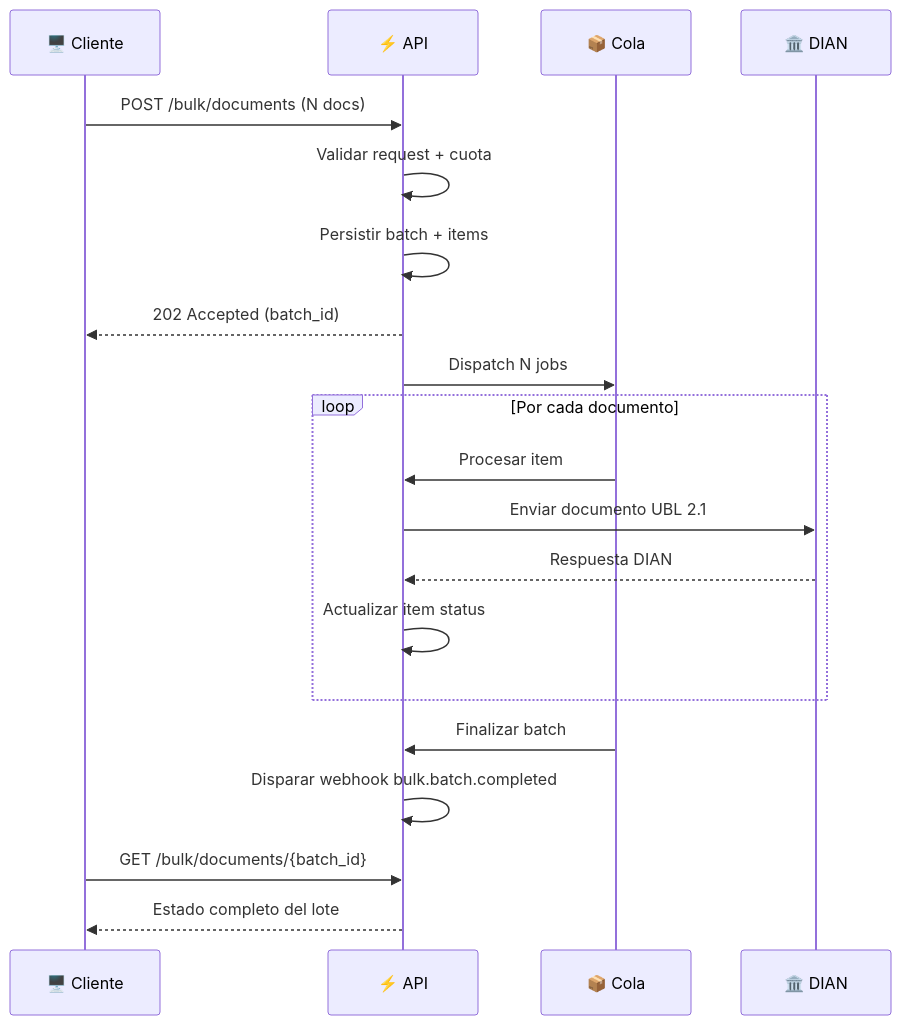
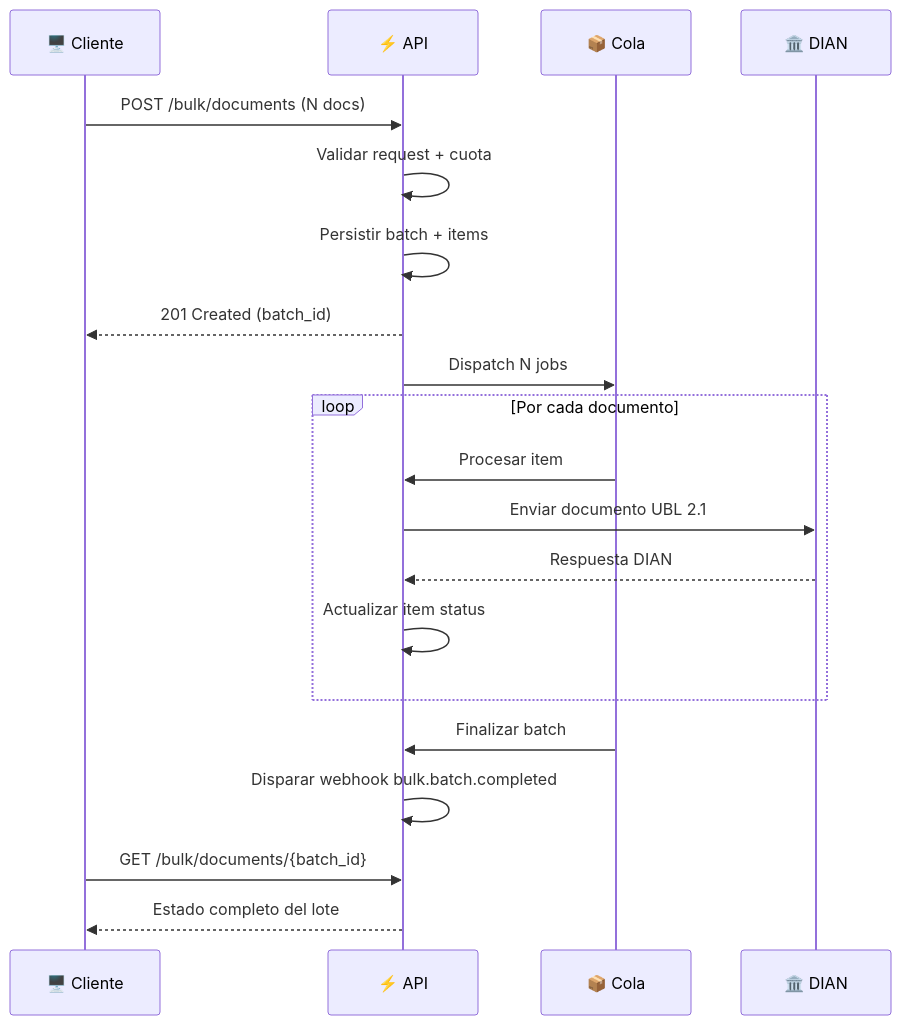
Before and after one commit to lopezsoft/APIUBL2.1-DOCS: the diagram in docs/bulk-documents.md, drawn with Mermaid. The commit also changed other lines of this file, not shown here.

Commit message:
docs: add beta warning and fix HTTP 201 created on bulk documents

````diff
--- a/docs/bulk-documents.md
+++ b/docs/bulk-documents.md
@@ -25,25 +31,25 @@
 ```mermaid
 sequenceDiagram
     participant C as 🖥️ Cliente
     participant A as ⚡ API
     participant Q as 📦 Cola
     participant D as 🏛️ DIAN
 
     C->>A: POST /bulk/documents (N docs)
     A->>A: Validar request + cuota
     A->>A: Persistir batch + items
-    A-->>C: 202 Accepted (batch_id)
+    A-->>C: 201 Created (batch_id)
     A->>Q: Dispatch N jobs
 
     loop Por cada documento
         Q->>A: Procesar item
         A->>D: Enviar documento UBL 2.1
         D-->>A: Respuesta DIAN
         A->>A: Actualizar item status
     end
 
     Q->>A: Finalizar batch
     A->>A: Disparar webhook bulk.batch.completed
     C->>A: GET /bulk/documents/{batch_id}
     A-->>C: Estado completo del lote
 ```
````
